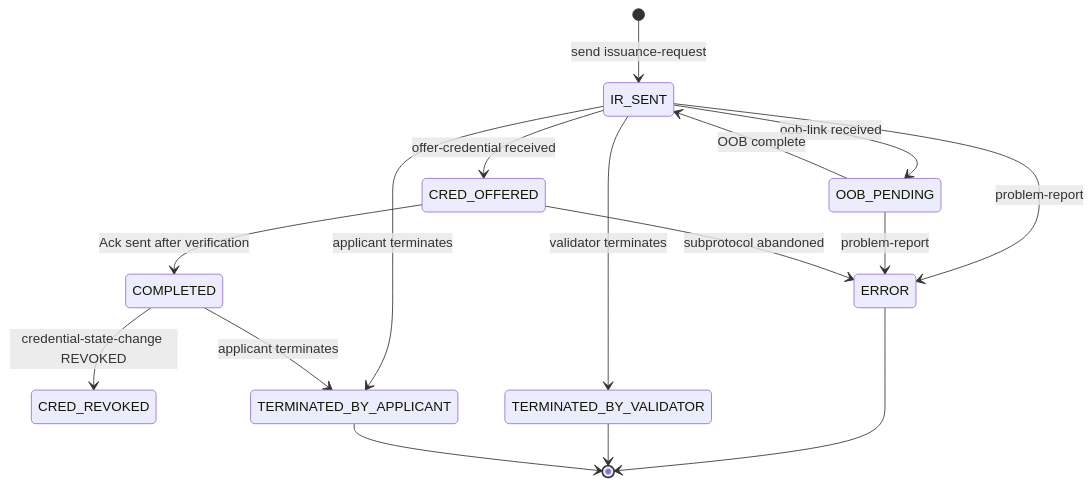
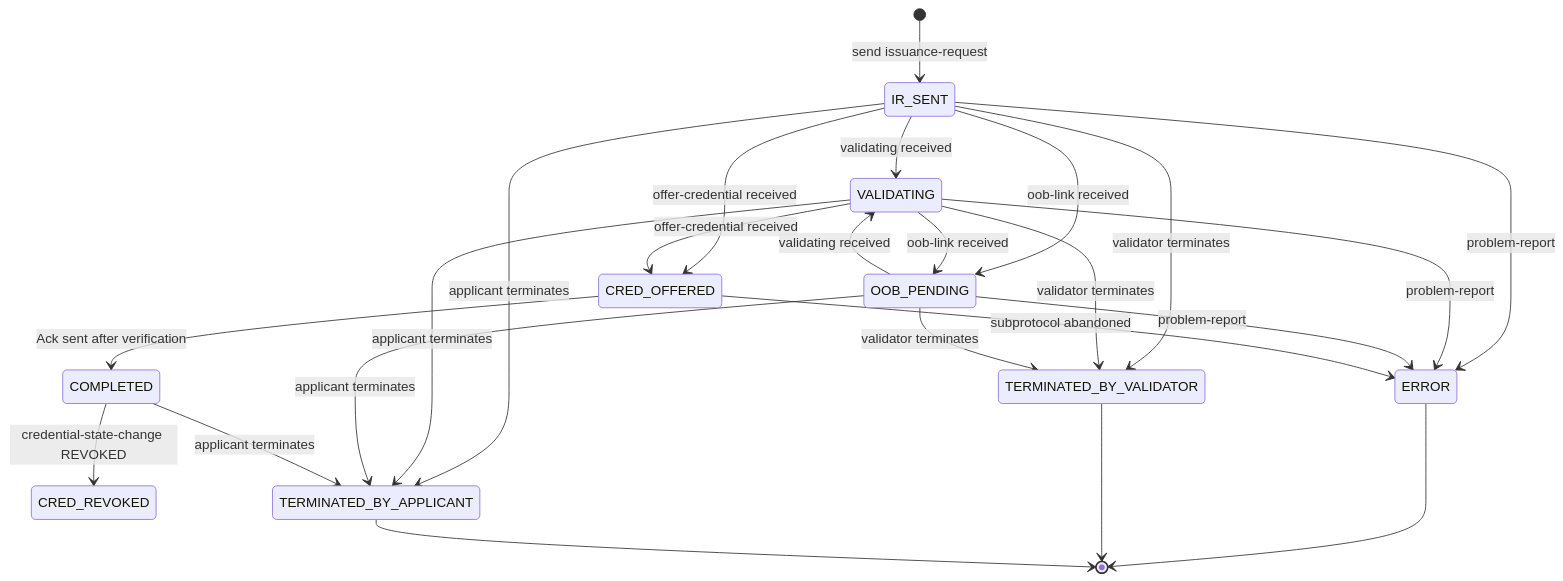
The second of 4 diagrams in v4/vt-flow-protocol/spec.md (verana-labs/verana-spec), drawn with Mermaid before and after one commit. The commit also changed other lines of this file and 2 other files, not shown here.

Commit message:
feat(vs-agent, vt-flow): validator-side gates of the onboarding flow (#98)

````diff
--- a/v4/vt-flow-protocol/spec.md
+++ b/v4/vt-flow-protocol/spec.md
@@ -472,21 +486,29 @@
 ```mermaid
 stateDiagram-v2
     direction TB
     [*] --> IR_SENT: send issuance-request
+    IR_SENT --> VALIDATING: validating received
     IR_SENT --> OOB_PENDING: oob-link received
-    OOB_PENDING --> IR_SENT: OOB complete
+    VALIDATING --> OOB_PENDING: oob-link received
+    OOB_PENDING --> VALIDATING: validating received
     IR_SENT --> CRED_OFFERED: offer-credential received
+    VALIDATING --> CRED_OFFERED: offer-credential received
     CRED_OFFERED --> COMPLETED: Ack sent after verification
 
     COMPLETED --> CRED_REVOKED: credential-state-change REVOKED
 
     IR_SENT --> ERROR: problem-report
+    VALIDATING --> ERROR: problem-report
     OOB_PENDING --> ERROR: problem-report
     CRED_OFFERED --> ERROR: subprotocol abandoned
     IR_SENT --> TERMINATED_BY_VALIDATOR: validator terminates
+    VALIDATING --> TERMINATED_BY_VALIDATOR: validator terminates
+    OOB_PENDING --> TERMINATED_BY_VALIDATOR: validator terminates
     IR_SENT --> TERMINATED_BY_APPLICANT: applicant terminates
+    VALIDATING --> TERMINATED_BY_APPLICANT: applicant terminates
+    OOB_PENDING --> TERMINATED_BY_APPLICANT: applicant terminates
     COMPLETED --> TERMINATED_BY_APPLICANT: applicant terminates
     ERROR --> [*]
     TERMINATED_BY_VALIDATOR --> [*]
     TERMINATED_BY_APPLICANT --> [*]
 ```
````
